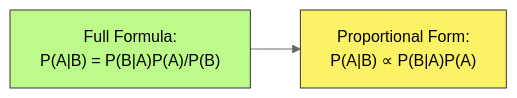
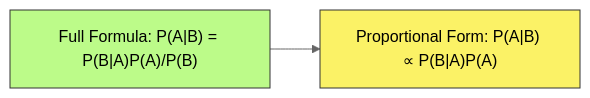
The fourth of 4 diagrams in C_3.md (Chaklader/part-of-speech-tagging), drawn with Mermaid (neutral theme) before and after one commit. The commit also changed other lines of this file, not shown here.

````diff
--- a/C_3.md
+++ b/C_3.md
@@ -788,7 +788,7 @@
 ```mermaid
 flowchart LR
-    A["Full Formula: \nP(A|B) = P(B|A)P(A)/P(B)"] --> B["Proportional Form: \nP(A|B) ∝ P(B|A)P(A)"]
+    A["Full Formula: P(A|B) = P(B|A)P(A)/P(B)"] --> B["Proportional Form: P(A|B) ∝ P(B|A)P(A)"]
     style A fill:#BCFB89,stroke:#333,stroke-width:1px
     style B fill:#FBF266,stroke:#333,stroke-width:1px
 
 ```
````
